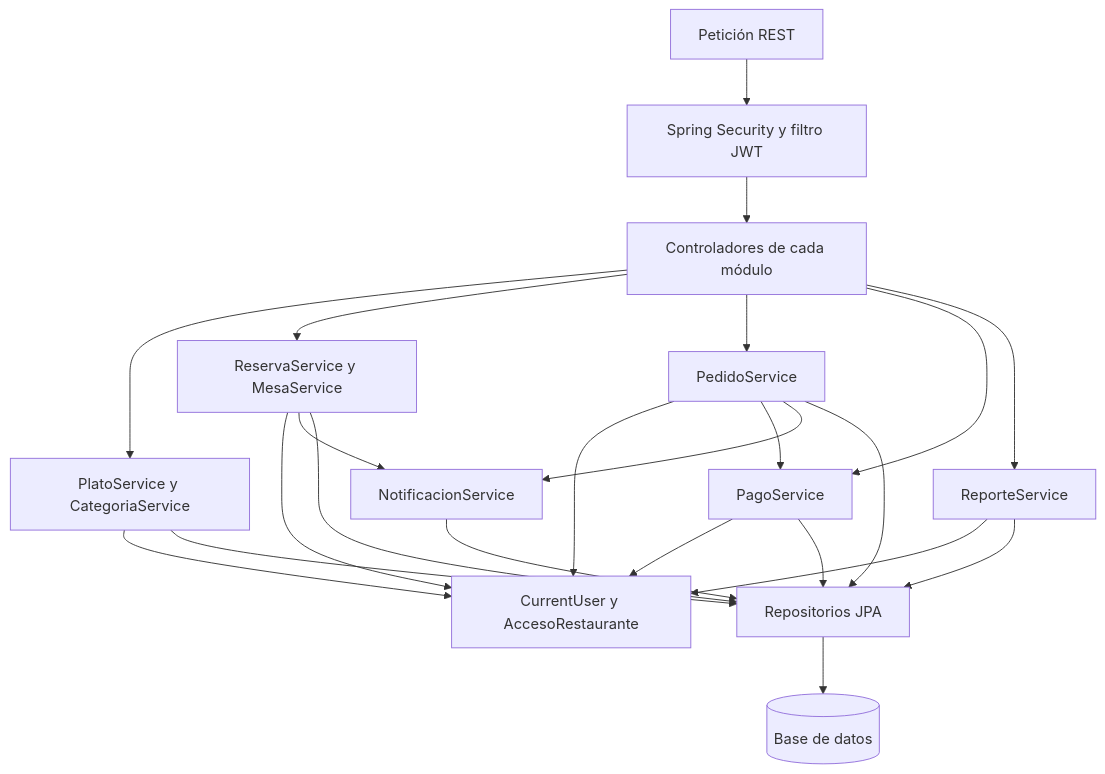
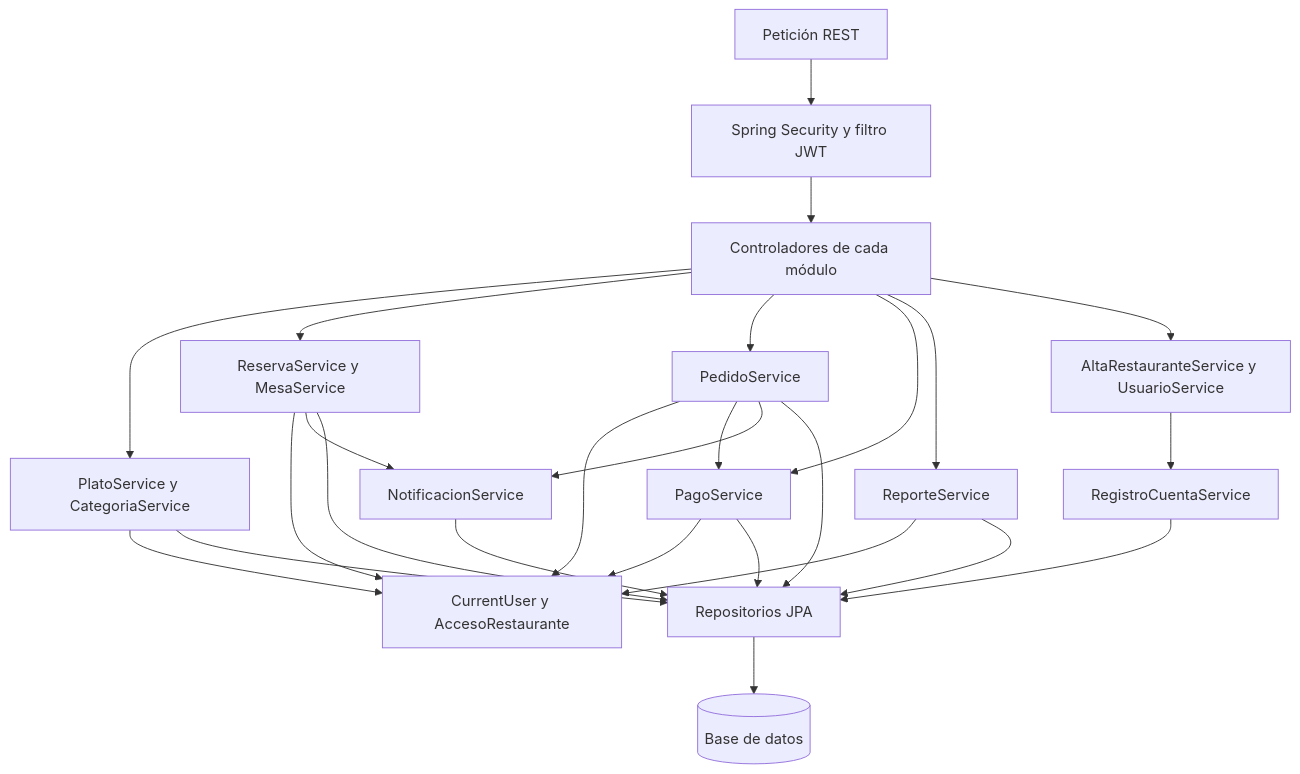
The third of 6 diagrams in docs/SUSTENTACION_TB2.md (alefs9/backend_RestoPilot), drawn with Mermaid before and after one commit. The commit also changed other lines of this file and 18 other files, not shown here.

````diff
--- a/docs/SUSTENTACION_TB2.md
+++ b/docs/SUSTENTACION_TB2.md
@@ -45,25 +46,28 @@
 ```mermaid
 flowchart TB
     HTTP[Petición REST] --> SEC[Spring Security y filtro JWT]
     SEC --> CTRL[Controladores de cada módulo]
     CTRL --> CAT[PlatoService y CategoriaService]
     CTRL --> RES[ReservaService y MesaService]
     CTRL --> PED[PedidoService]
     CTRL --> PAG[PagoService]
     CTRL --> REP[ReporteService]
+    CTRL --> ALTA[AltaRestauranteService y UsuarioService]
+    ALTA --> CUENTA[RegistroCuentaService]
+    CUENTA --> REPOS
     CAT --> ACC[CurrentUser y AccesoRestaurante]
     RES --> ACC
     PED --> ACC
     PAG --> ACC
     REP --> ACC
     PED --> PAG
     RES --> NOT[NotificacionService]
     PED --> NOT
     CAT --> REPOS[Repositorios JPA]
     RES --> REPOS
     PED --> REPOS
     PAG --> REPOS
     REP --> REPOS
     NOT --> REPOS
     REPOS --> DB[(Base de datos)]
 ```
````
